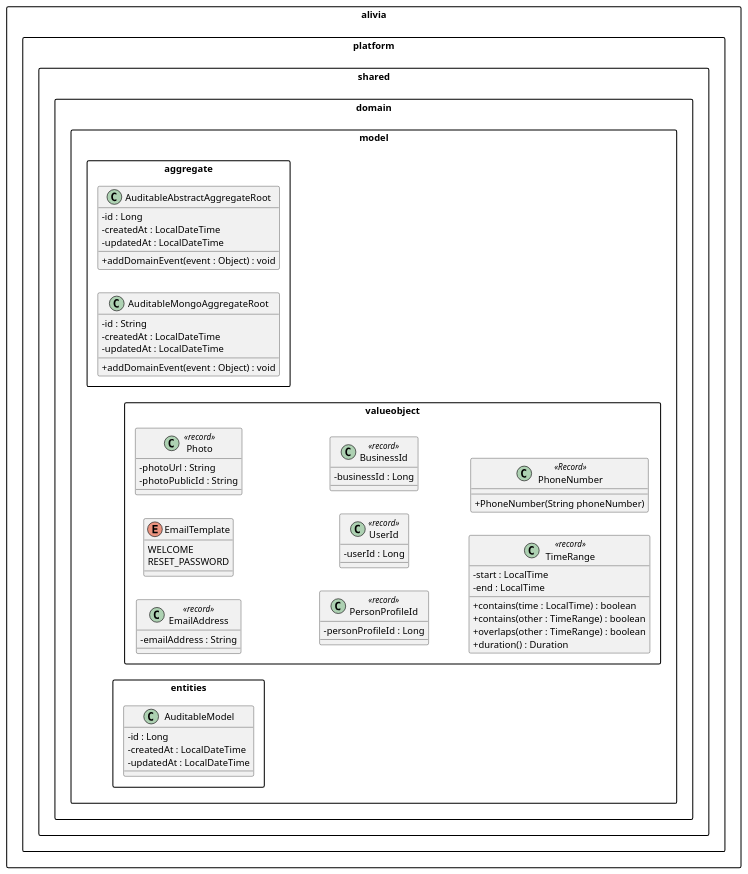
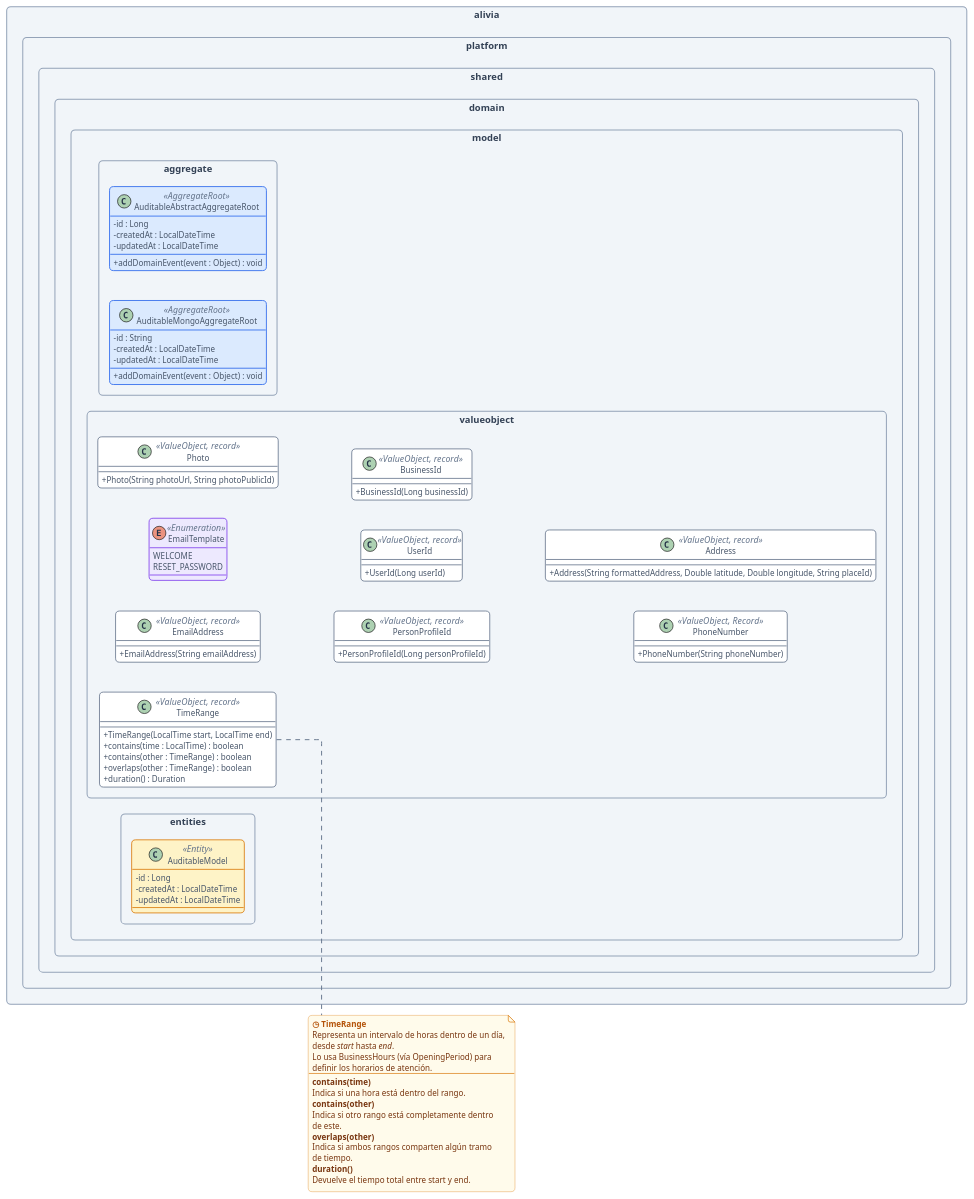
One commit to resolum/aliva-documentation changed the diagram in images/diagrams/code/shared/shared-backend-diagram.puml. Above: the diagram before and after it, drawn with PlantUML. The commit also changed other lines of this file, not shown here.

Commit message:
feat(shared): enhance shared backend diagram with detailed class styles and value object definitions

```diff
--- a/images/diagrams/code/shared/shared-backend-diagram.puml
+++ b/images/diagrams/code/shared/shared-backend-diagram.puml
@@ -1,76 +2,164 @@
 @startuml
+
+' ==============================
+' CONFIGURACIÓN GENERAL
+' ==============================
+left to right direction
+skinparam shadowing false
+skinparam roundcorner 12
 skinparam classAttributeIconSize 0
 skinparam packageStyle rectangle
-left to right direction
+skinparam linetype ortho
+skinparam nodesep 45
+skinparam ranksep 45
+skinparam defaultFontName "Segoe UI"
+skinparam defaultFontSize 13
+skinparam defaultFontColor #243247
+skinparam ArrowColor #64748B
+skinparam ArrowThickness 1.4
+
+' ==============================
+' COLORES DE PAQUETES
+' ==============================
+skinparam package {
+  BackgroundColor #F1F5F9
+  BorderColor #94A3B8
+  FontColor #334155
+  FontStyle bold
+  FontSize 14
+}
+
+' ==============================
+' ESTILO DE CLASES
+' ==============================
+skinparam class {
+  BackgroundColor #FFFFFF
+  BorderColor #64748B
+  FontColor #243247
+  AttributeFontColor #475569
+  AttributeFontSize 12
+  StereotypeFontColor #64748B
+  BorderThickness 1.2
+}
+
+' Agregados: azul
+skinparam classBackgroundColor<<AggregateRoot>> #DBEAFE
+skinparam classBorderColor<<AggregateRoot>> #2563EB
+
+' Objetos de valor: verde azulado
+skinparam classBackgroundColor<<ValueObject>> #CCFBF1
+skinparam classBorderColor<<ValueObject>> #0F766E
+
+' Enumeraciones: violeta
+skinparam classBackgroundColor<<Enumeration>> #EDE9FE
+skinparam classBorderColor<<Enumeration>> #7C3AED
+
+' Entidades: ámbar
+skinparam classBackgroundColor<<Entity>> #FEF3C7
+skinparam classBorderColor<<Entity>> #D97706
+
+' ==============================
+' NOTAS
+' ==============================
+skinparam note {
+  BackgroundColor #FFFBEB
+  BorderColor #D97706
+  FontColor #78350F
+  FontSize 12
+}
 
 package alivia.platform.shared {
 
   package domain.model.aggregate {
 
-    class AuditableAbstractAggregateRoot {
+    class AuditableAbstractAggregateRoot <<AggregateRoot>> {
       - id : Long
       - createdAt : LocalDateTime
       - updatedAt : LocalDateTime
       + addDomainEvent(event : Object) : void
     }
 
-    class AuditableMongoAggregateRoot {
+    class AuditableMongoAggregateRoot <<AggregateRoot>> {
       - id : String
       - createdAt : LocalDateTime
       - updatedAt : LocalDateTime
       + addDomainEvent(event : Object) : void
     }
   }
 
   package domain.model.valueobject {
 
-    class EmailAddress <<record>> {
-      - emailAddress : String
+    class EmailAddress <<ValueObject, record>> {
+      + EmailAddress(String emailAddress)
     }
 
-    enum EmailTemplate {
+    enum EmailTemplate <<Enumeration>> {
       WELCOME
       RESET_PASSWORD
     }
 
-    class Photo <<record>> {
-      - photoUrl : String
-      - photoPublicId : String
+    class Photo <<ValueObject, record>> {
+      + Photo(String photoUrl, String photoPublicId)
     }
 
-    class PersonProfileId <<record>> {
-      - personProfileId : Long
+    class PersonProfileId <<ValueObject, record>> {
+      + PersonProfileId(Long personProfileId)
     }
 
-    class UserId <<record>> {
-      - userId : Long
+    class UserId <<ValueObject, record>> {
+      + UserId(Long userId)
     }
 
-    class BusinessId <<record>> {
-      - businessId : Long
+    class BusinessId <<ValueObject, record>> {
+      + BusinessId(Long businessId)
     }
 
-    class TimeRange <<record>> {
-      - start : LocalTime
-      - end : LocalTime
+    class TimeRange <<ValueObject, record>> {
+      + TimeRange(LocalTime start, LocalTime end)
       + contains(time : LocalTime) : boolean
       + contains(other : TimeRange) : boolean
       + overlaps(other : TimeRange) : boolean
       + duration() : Duration
     }
 
-     class PhoneNumber <<Record>> {
-          + PhoneNumber(String phoneNumber)
-        }
+    class PhoneNumber <<ValueObject, Record>> {
+      + PhoneNumber(String phoneNumber)
+    }
+
+    class Address <<ValueObject, record>> {
+      + Address(String formattedAddress, Double latitude, Double longitude, String placeId)
+    }
   }
 
   package domain.model.entities {
 
-    class AuditableModel {
+    class AuditableModel <<Entity>> {
       - id : Long
       - createdAt : LocalDateTime
       - updatedAt : LocalDateTime
     }
   }
 }
+
+note as N_TimeRange
+  <b><color:#B45309>◷ TimeRange</color></b>
+  Representa un intervalo de horas dentro de un día,
+  desde <i>start</i> hasta <i>end</i>.
+  Lo usa BusinessHours (vía OpeningPeriod) para
+  definir los horarios de atención.
+  --
+  <b>contains(time)</b>
+  Indica si una hora está dentro del rango.
+  <b>contains(other)</b>
+  Indica si otro rango está completamente dentro
+  de este.
+  <b>overlaps(other)</b>
+  Indica si ambos rangos comparten algún tramo
+  de tiempo.
+  <b>duration()</b>
+  Devuelve el tiempo total entre start y end.
+end note
+
+TimeRange .. N_TimeRange
+
 @enduml
```
